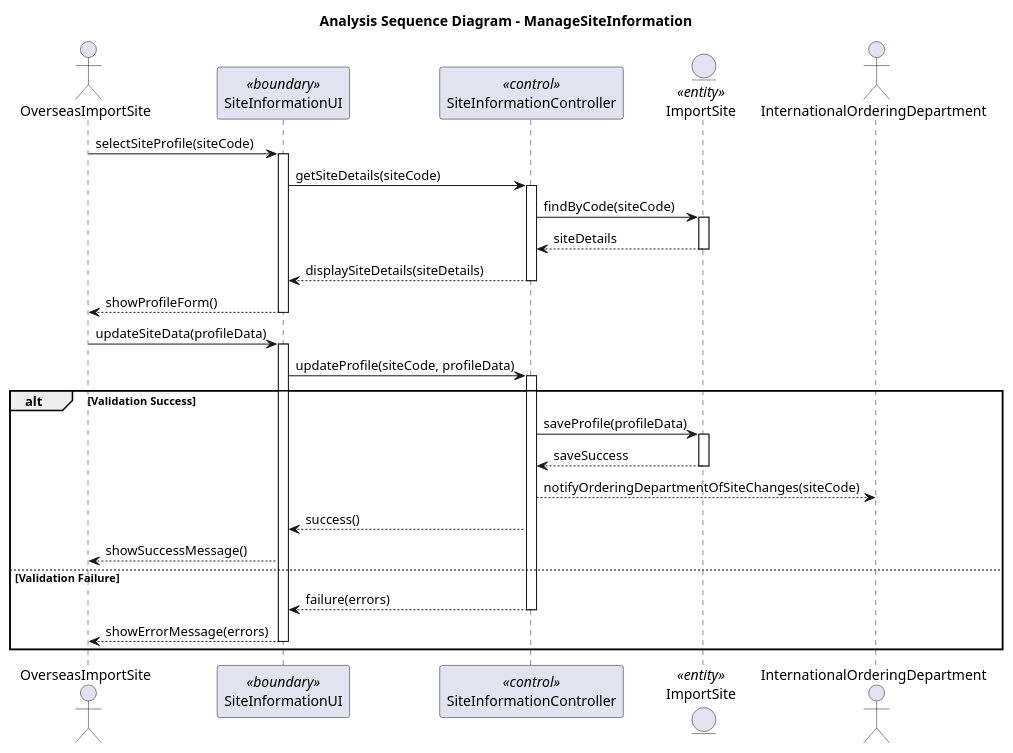
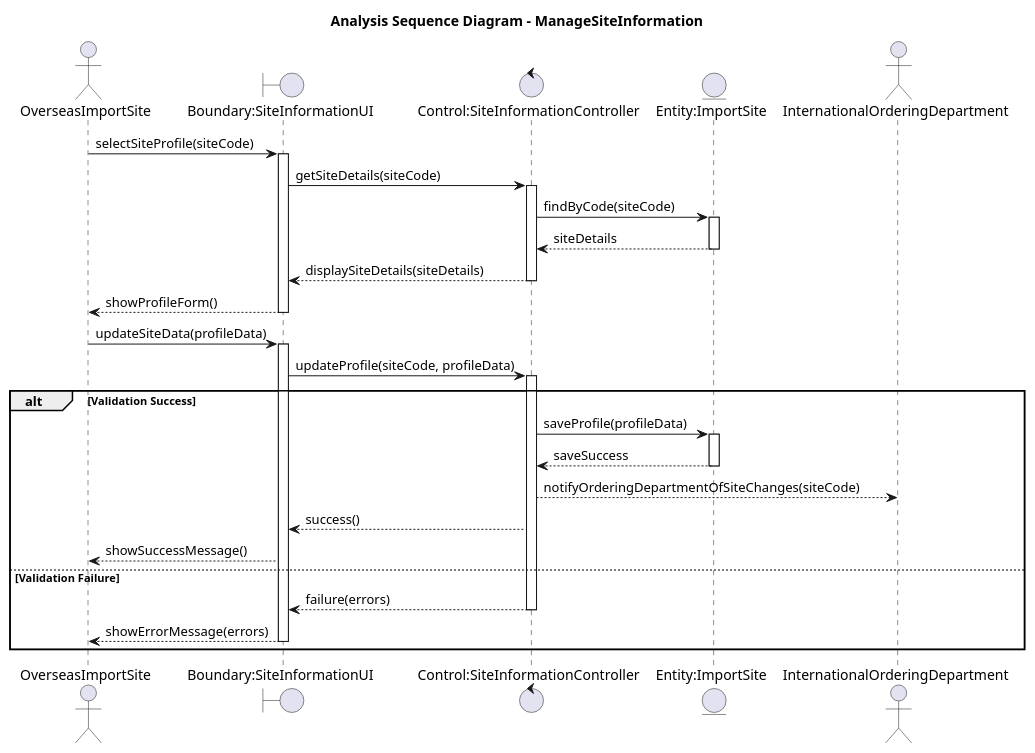
One commit to nqd2/2025.2-166155-15 changed the eighth of 11 diagrams in docs/details/UC002_ManageSiteInformation/UC002_ManageSiteInformation_all.puml. Above: the diagram before and after it, drawn with PlantUML. The commit also changed other lines of this file and 176 other files, not shown here.

```diff
--- a/docs/details/UC002_ManageSiteInformation/UC002_ManageSiteInformation_all.puml
+++ b/docs/details/UC002_ManageSiteInformation/UC002_ManageSiteInformation_all.puml
@@ -260,42 +260,42 @@
 @startuml sequence_analysis_manage_site_information
 title Analysis Sequence Diagram - ManageSiteInformation
 
 actor OverseasImportSite as Actor
-participant "SiteInformationUI" as Boundary <<boundary>>
-participant "SiteInformationController" as Control <<control>>
-entity "ImportSite" as Entity <<entity>>
+boundary "Boundary:SiteInformationUI" as Boundary
+control "Control:SiteInformationController" as Control
+entity "Entity:ImportSite" as Entity
 actor InternationalOrderingDepartment as OrderingDept
 
 Actor -> Boundary : selectSiteProfile(siteCode)
 activate Boundary
 Boundary -> Control : getSiteDetails(siteCode)
 activate Control
 Control -> Entity : findByCode(siteCode)
 activate Entity
 Entity --> Control : siteDetails
 deactivate Entity
 Control --> Boundary : displaySiteDetails(siteDetails)
 deactivate Control
 Boundary --> Actor : showProfileForm()
 deactivate Boundary
 
 Actor -> Boundary : updateSiteData(profileData)
 activate Boundary
 Boundary -> Control : updateProfile(siteCode, profileData)
 activate Control
 
 alt Validation Success
   Control -> Entity : saveProfile(profileData)
   activate Entity
   Entity --> Control : saveSuccess
   deactivate Entity
   Control --> OrderingDept : notifyOrderingDepartmentOfSiteChanges(siteCode)
   Control --> Boundary : success()
   Boundary --> Actor : showSuccessMessage()
 else Validation Failure
   Control --> Boundary : failure(errors)
   deactivate Control
   Boundary --> Actor : showErrorMessage(errors)
   deactivate Boundary
 end
 @enduml
```
